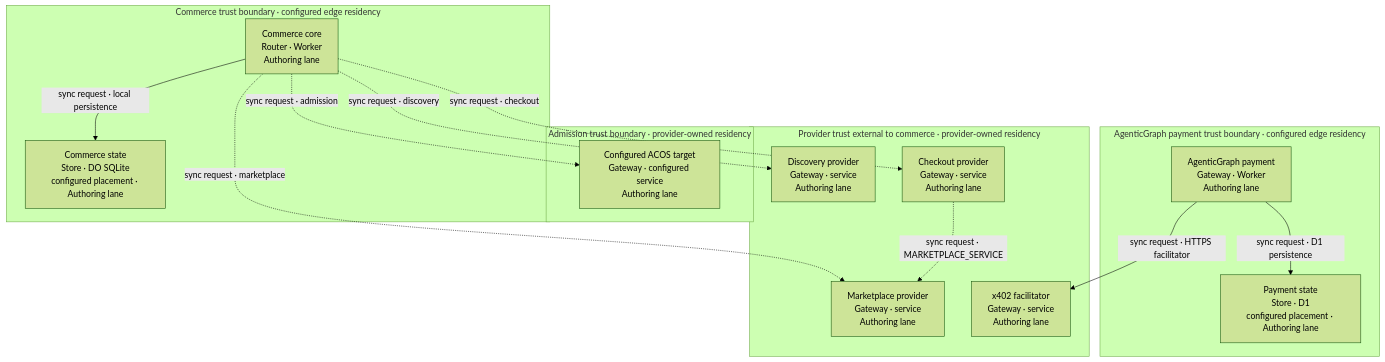
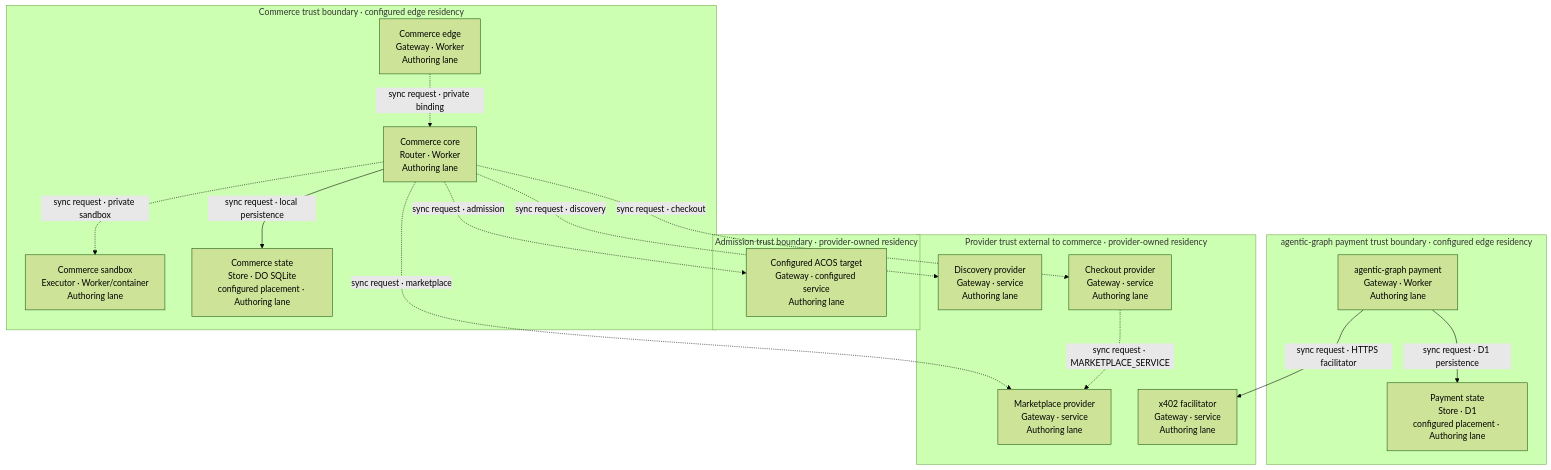
The second of 3 diagrams in guides/COMPOSITION-ARCHITECTURE.md (huijoohwee/agentic-os), drawn with Mermaid (forest theme) before and after one commit. The commit also changed other lines of this file and 6 other files, not shown here.

````diff
--- a/guides/COMPOSITION-ARCHITECTURE.md
+++ b/guides/COMPOSITION-ARCHITECTURE.md
@@ -178,29 +256,33 @@
 ```mermaid
 flowchart TB
     subgraph admission_zone["Admission trust boundary · provider-owned residency"]
         ACOS_ADM["Configured ACOS target<br/>Gateway · configured service<br/>Authoring lane"]
     end
     subgraph commerce_zone["Commerce trust boundary · configured edge residency"]
+        COMMERCE_EDGE["Commerce edge<br/>Gateway · Worker<br/>Authoring lane"]
         COMMERCE_CORE["Commerce core<br/>Router · Worker<br/>Authoring lane"]
+        COMMERCE_SANDBOX["Commerce sandbox<br/>Executor · Worker/container<br/>Authoring lane"]
         COMMERCE_STORE["Commerce state<br/>Store · DO SQLite<br/>configured placement · Authoring lane"]
     end
-    subgraph agenticgraph_zone["AgenticGraph payment trust boundary · configured edge residency"]
-        AG_PAY["AgenticGraph payment<br/>Gateway · Worker<br/>Authoring lane"]
+    subgraph agentic_graph_zone["agentic-graph payment trust boundary · configured edge residency"]
+        AG_PAY["agentic-graph payment<br/>Gateway · Worker<br/>Authoring lane"]
         AG_STORE["Payment state<br/>Store · D1<br/>configured placement · Authoring lane"]
     end
     subgraph provider_zone["Provider trust external to commerce · provider-owned residency"]
         DISCOVERY_RT["Discovery provider<br/>Gateway · service<br/>Authoring lane"]
         CHECKOUT_RT["Checkout provider<br/>Gateway · service<br/>Authoring lane"]
         MARKET_RT["Marketplace provider<br/>Gateway · service<br/>Authoring lane"]
         X402_FAC["x402 facilitator<br/>Gateway · service<br/>Authoring lane"]
     end
 
+    COMMERCE_EDGE -.->|"sync request · private binding"| COMMERCE_CORE
+    COMMERCE_CORE -.->|"sync request · private sandbox"| COMMERCE_SANDBOX
     COMMERCE_CORE -.->|"sync request · admission"| ACOS_ADM
     COMMERCE_CORE -.->|"sync request · discovery"| DISCOVERY_RT
     COMMERCE_CORE -.->|"sync request · checkout"| CHECKOUT_RT
     COMMERCE_CORE -.->|"sync request · marketplace"| MARKET_RT
     CHECKOUT_RT -.->|"sync request · MARKETPLACE_SERVICE"| MARKET_RT
     COMMERCE_CORE -->|"sync request · local persistence"| COMMERCE_STORE
     AG_PAY -->|"sync request · D1 persistence"| AG_STORE
     AG_PAY -->|"sync request · HTTPS facilitator"| X402_FAC
 ```
````
